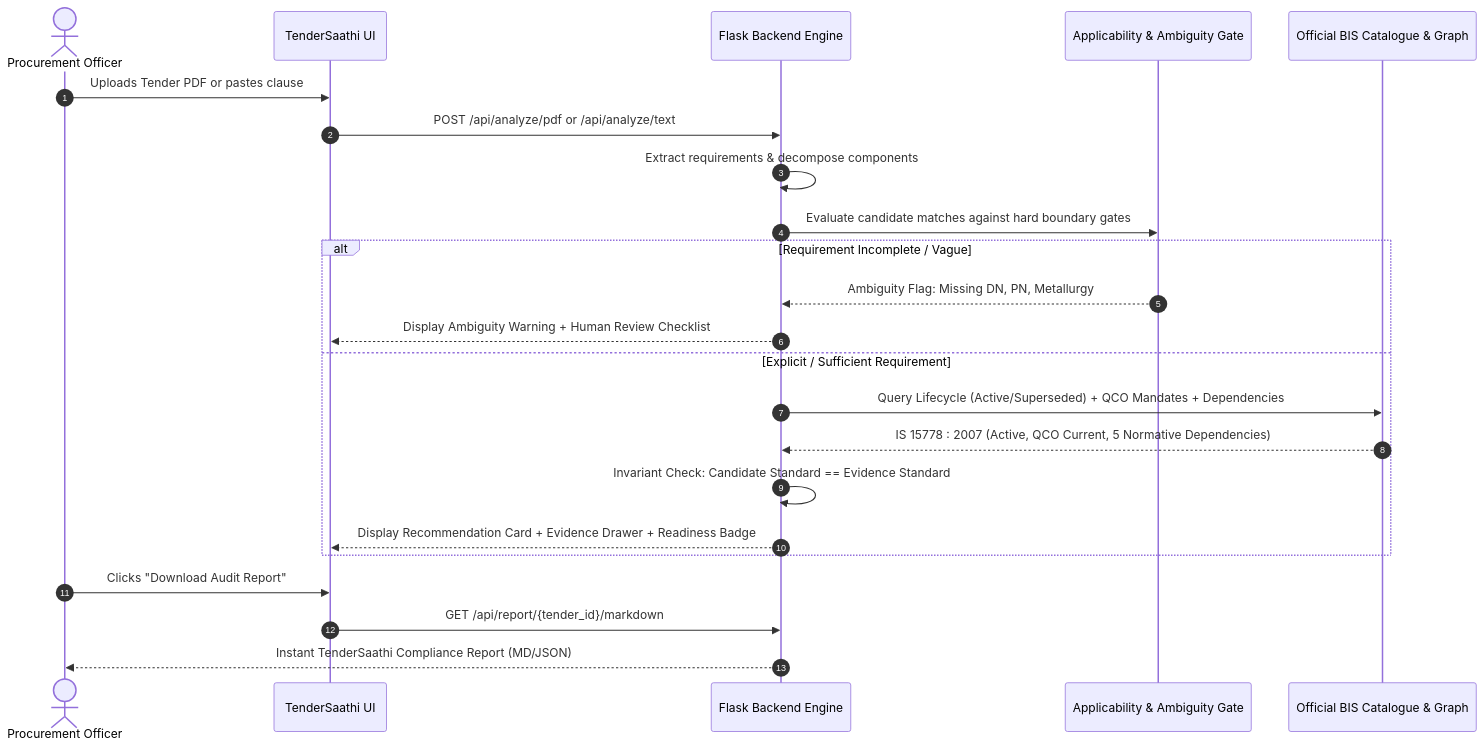
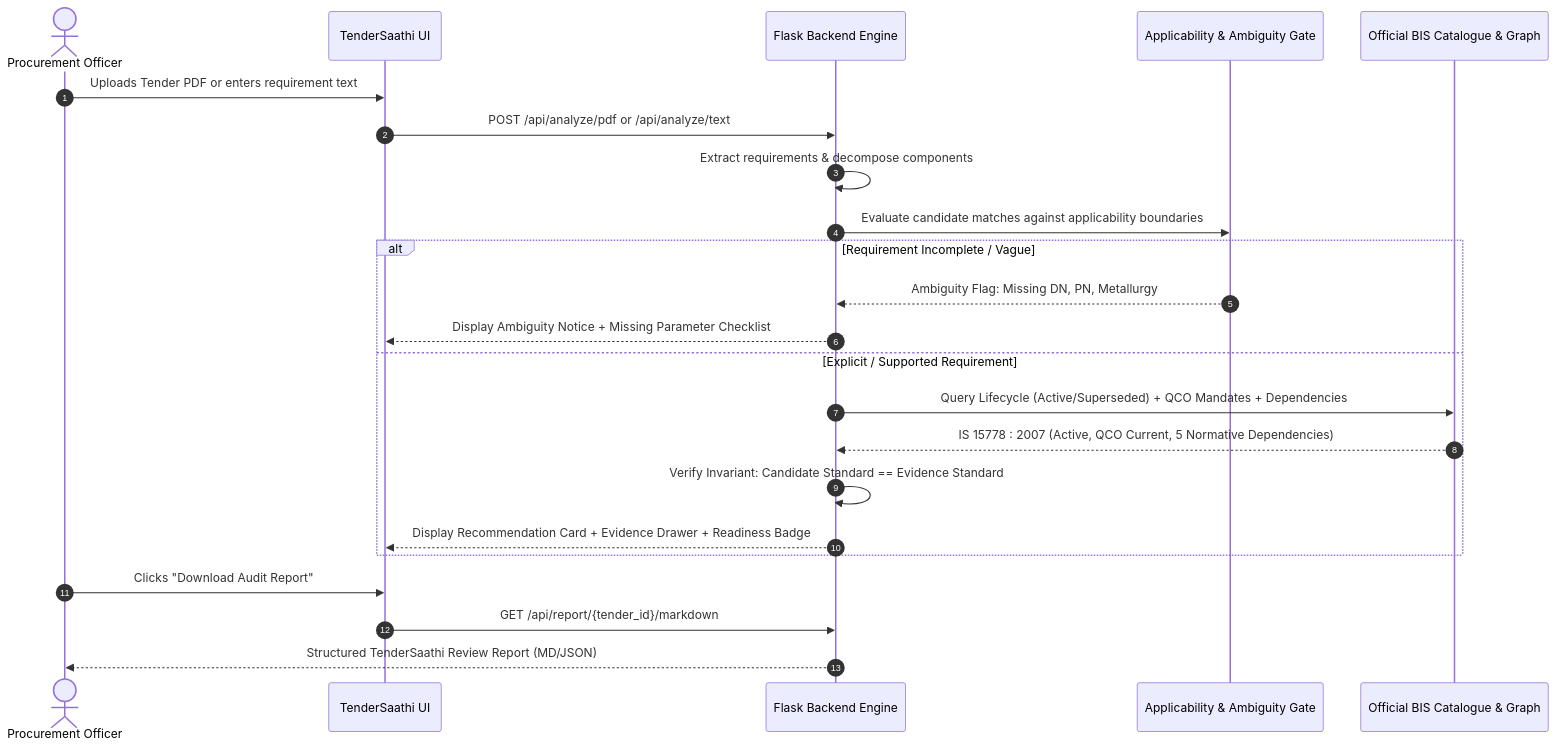
The second of 2 diagrams in docs/SIH_PRESENTATION_DECK.md (syed-imadulla/Tender-saathi), drawn with Mermaid before and after one commit. The commit also changed other lines of this file and 105 other files, not shown here.

````diff
--- a/docs/SIH_PRESENTATION_DECK.md
+++ b/docs/SIH_PRESENTATION_DECK.md
@@ -62,26 +64,26 @@
 ```mermaid
 sequenceDiagram
     autonumber
     actor Officer as Procurement Officer
     participant UI as TenderSaathi UI
     participant API as Flask Backend Engine
     participant Gate as Applicability & Ambiguity Gate
     participant BIS as Official BIS Catalogue & Graph
     
-    Officer->>UI: Uploads Tender PDF or pastes clause
+    Officer->>UI: Uploads Tender PDF or enters requirement text
     UI->>API: POST /api/analyze/pdf or /api/analyze/text
     API->>API: Extract requirements & decompose components
-    API->>Gate: Evaluate candidate matches against hard boundary gates
+    API->>Gate: Evaluate candidate matches against applicability boundaries
     alt Requirement Incomplete / Vague
         Gate-->>API: Ambiguity Flag: Missing DN, PN, Metallurgy
-        API-->>UI: Display Ambiguity Warning + Human Review Checklist
-    else Explicit / Sufficient Requirement
+        API-->>UI: Display Ambiguity Notice + Missing Parameter Checklist
+    else Explicit / Supported Requirement
         API->>BIS: Query Lifecycle (Active/Superseded) + QCO Mandates + Dependencies
         BIS-->>API: IS 15778 : 2007 (Active, QCO Current, 5 Normative Dependencies)
-        API->>API: Invariant Check: Candidate Standard == Evidence Standard
+        API->>API: Verify Invariant: Candidate Standard == Evidence Standard
         API-->>UI: Display Recommendation Card + Evidence Drawer + Readiness Badge
     end
     Officer->>UI: Clicks "Download Audit Report"
     UI->>API: GET /api/report/{tender_id}/markdown
-    API-->>Officer: Instant TenderSaathi Compliance Report (MD/JSON)
+    API-->>Officer: Structured TenderSaathi Review Report (MD/JSON)
 ```
````
